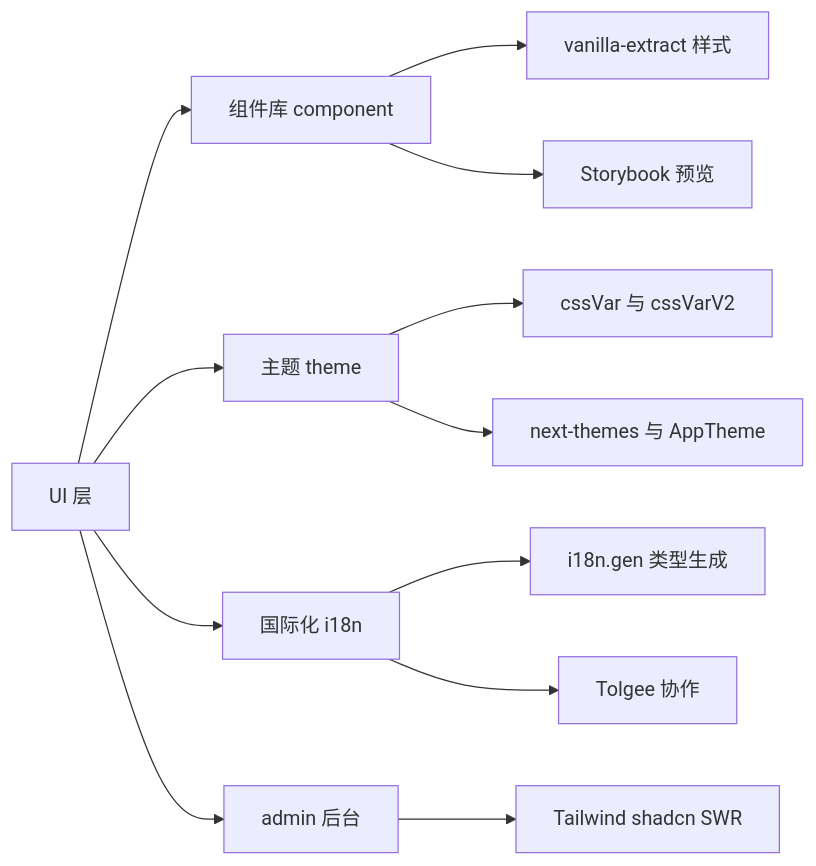
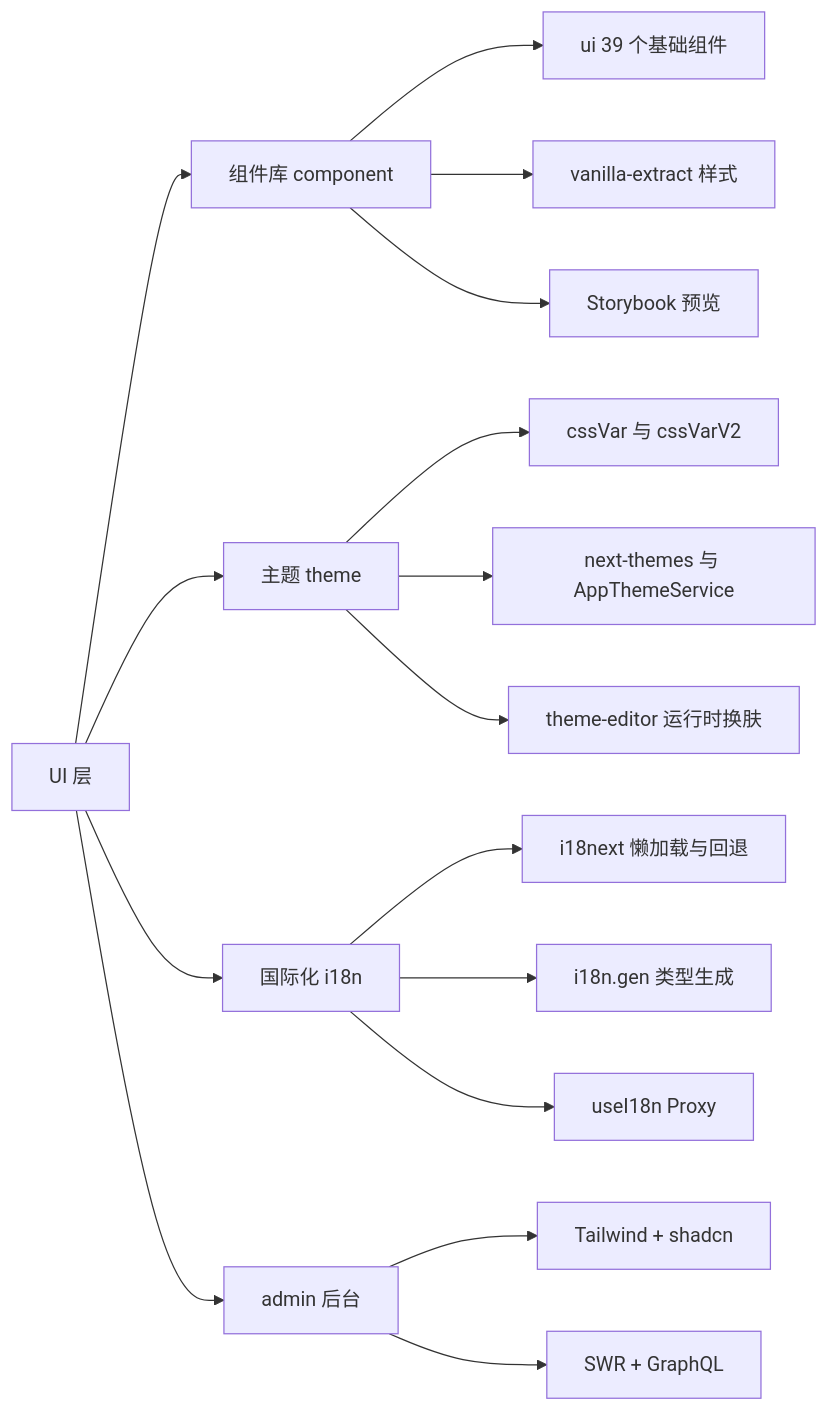
The first of 3 diagrams in learning-guide/slides/decks/18.md (lfire/AFFiNE), drawn with Mermaid before and after one commit. The commit also changed other lines of this file and 46 other files, not shown here.

````diff
--- a/learning-guide/slides/decks/18.md
+++ b/learning-guide/slides/decks/18.md
@@ -45,14 +31,18 @@
 ```mermaid
 flowchart LR
-  UI[UI 层] --> Comp[组件库 component]
-  UI --> Theme[主题 theme]
-  UI --> I18n[国际化 i18n]
-  UI --> Admin[admin 后台]
-  Comp --> VE[vanilla-extract 样式]
-  Comp --> SB[Storybook 预览]
-  Theme --> Var[cssVar 与 cssVarV2]
-  Theme --> NT[next-themes 与 AppTheme]
-  I18n --> Gen[i18n.gen 类型生成]
-  I18n --> Tol[Tolgee 协作]
-  Admin --> TW[Tailwind shadcn SWR]
+  UI["UI 层"] --> C["组件库 component"]
+  UI --> T["主题 theme"]
+  UI --> I["国际化 i18n"]
+  UI --> A["admin 后台"]
+  C --> C1["ui 39 个基础组件"]
+  C --> C2["vanilla-extract 样式"]
+  C --> C3["Storybook 预览"]
+  T --> T1["cssVar 与 cssVarV2"]
+  T --> T2["next-themes 与 AppThemeService"]
+  T --> T3["theme-editor 运行时换肤"]
+  I --> I1["i18next 懒加载与回退"]
+  I --> I2["i18n.gen 类型生成"]
+  I --> I3["useI18n Proxy"]
+  A --> A1["Tailwind + shadcn"]
+  A --> A2["SWR + GraphQL"]
 ```
````
